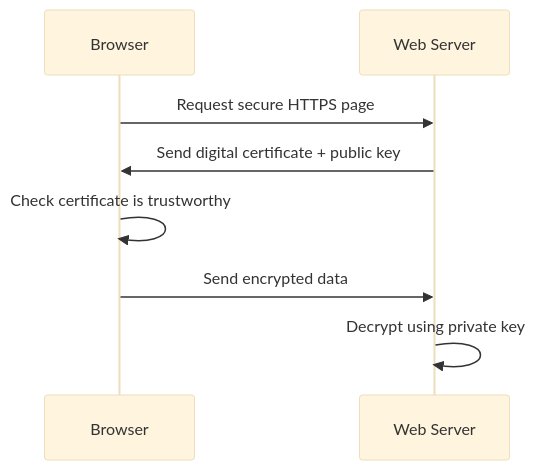
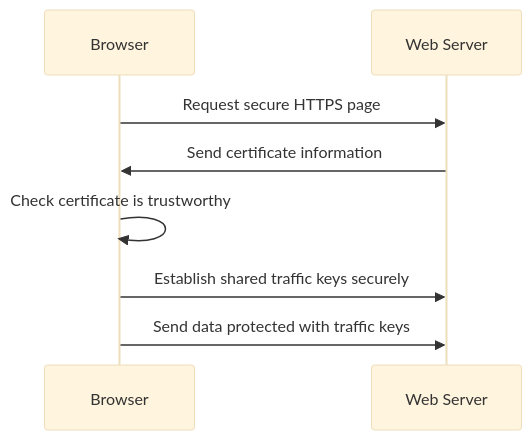
The first of 4 diagrams in ig-0478/chapter-5.md (whuang0428/cs-web-checklist), drawn with Mermaid (base theme) before and after one commit. The commit also changed other lines of this file and 42 other files, not shown here.

````diff
--- a/ig-0478/chapter-5.md
+++ b/ig-0478/chapter-5.md
@@ -138,10 +138,10 @@
 ```mermaid
 sequenceDiagram
     participant B as Browser
     participant S as Web Server
     B->>S: Request secure HTTPS page
-    S->>B: Send digital certificate + public key
+    S->>B: Send certificate information
     B->>B: Check certificate is trustworthy
-    B->>S: Send encrypted data
-    S->>S: Decrypt using private key
+    B->>S: Establish shared traffic keys securely
+    B->>S: Send data protected with traffic keys
 ```
````
